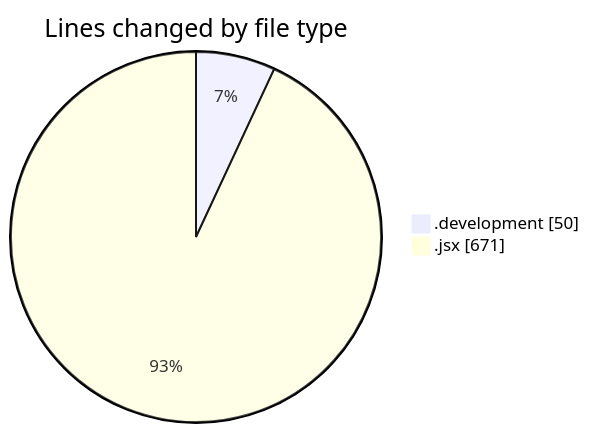
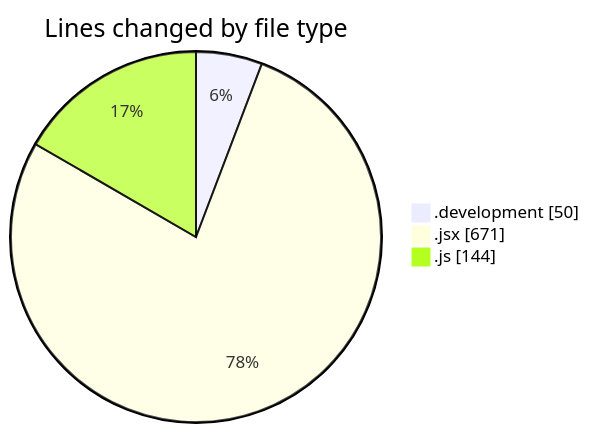
The first of 2 diagrams in 2025-12-25/nxtqube_webapp/README.md (nxtqubesakshisongat/code-tracking), drawn with Mermaid before and after one commit. The commit also changed other lines of this file and 1 other file, not shown here.

````diff
--- a/2025-12-25/nxtqube_webapp/README.md
+++ b/2025-12-25/nxtqube_webapp/README.md
@@ -21,6 +22,7 @@
 ```mermaid
 pie showData
 title Lines changed by file type
 ".development" : 50
 ".jsx" : 671
+".js" : 144
 ```
````
